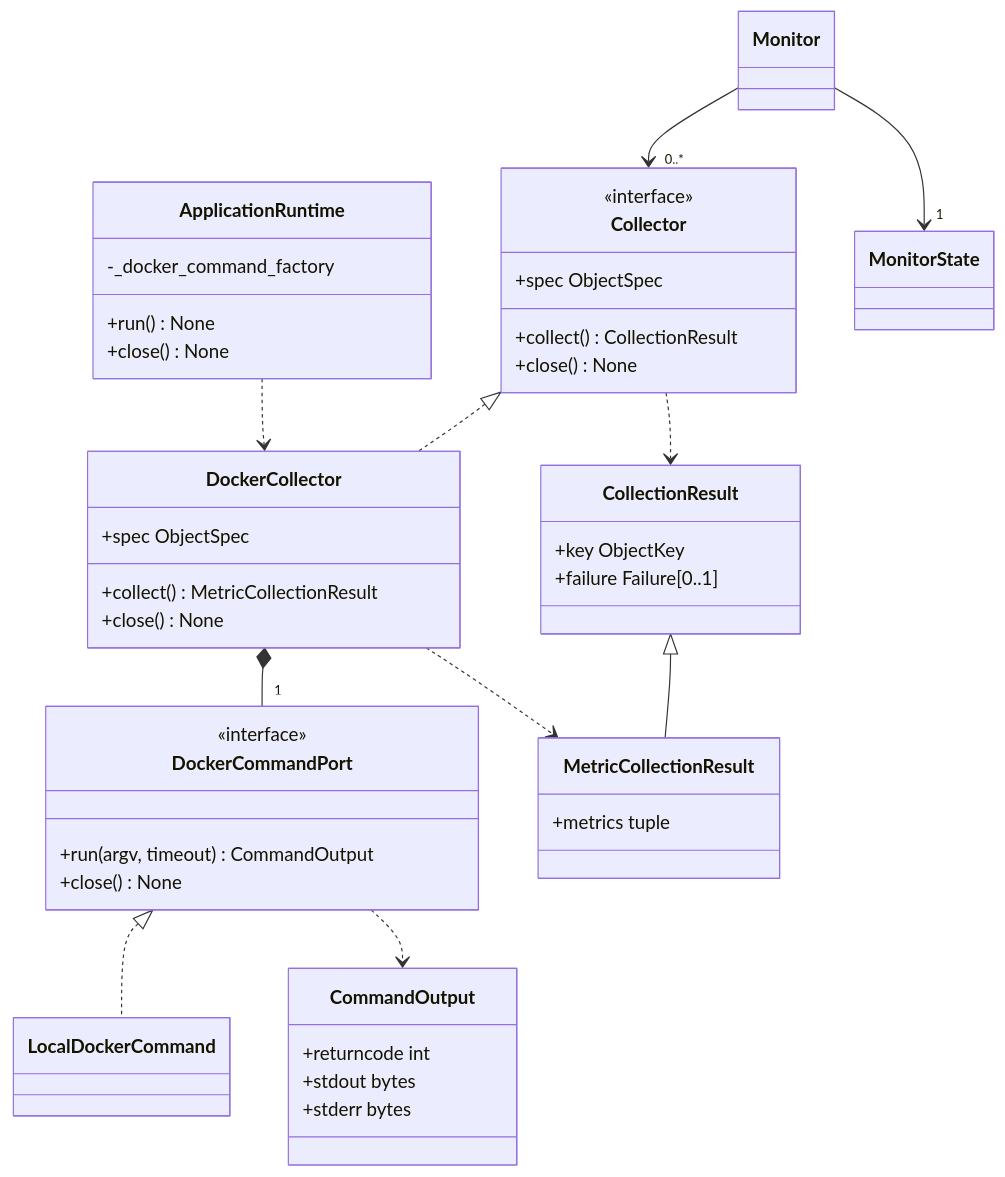
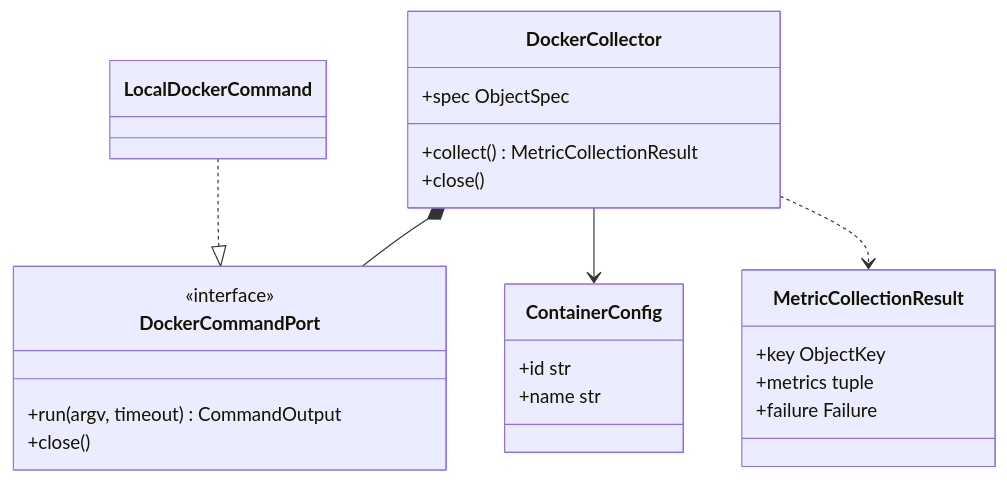
The first of 2 diagrams in docs/design/docker.md (shawnluxyRE/joi-observer), drawn with Mermaid before and after one commit. The commit also changed other lines of this file and 110 other files, not shown here.

First line of the commit message:
<feat> Run host collection as a service and stream snapshots to the TUI (REQ-001)

````diff
--- a/docs/design/docker.md
+++ b/docs/design/docker.md
@@ -16,49 +30,27 @@
 ```mermaid
 classDiagram
-    class ApplicationRuntime {
-        -_docker_command_factory
-        +run() None
-        +close() None
-    }
-    class Collector {
-        <<interface>>
-        +spec ObjectSpec
-        +collect() CollectionResult
-        +close() None
-    }
     class DockerCollector {
         +spec ObjectSpec
         +collect() MetricCollectionResult
-        +close() None
+        +close()
     }
     class DockerCommandPort {
         <<interface>>
         +run(argv, timeout) CommandOutput
-        +close() None
+        +close()
     }
     class LocalDockerCommand
-    class CommandOutput {
-        +returncode int
-        +stdout bytes
-        +stderr bytes
-    }
-    class Monitor
-    class MonitorState
-    class CollectionResult {
-        +key ObjectKey
-        +failure Failure[0..1]
+    class ContainerConfig {
+        +id str
+        +name str
     }
     class MetricCollectionResult {
+        +key ObjectKey
         +metrics tuple
+        +failure Failure
     }
-    Collector <|.. DockerCollector
-    CollectionResult <|-- MetricCollectionResult
-    DockerCommandPort <|.. LocalDockerCommand
-    DockerCollector *-- "1" DockerCommandPort
-    Collector ..> CollectionResult
+    DockerCollector *-- DockerCommandPort
+    DockerCollector --> ContainerConfig
     DockerCollector ..> MetricCollectionResult
-    DockerCommandPort ..> CommandOutput
-    ApplicationRuntime ..> DockerCollector
-    Monitor --> "0..*" Collector
-    Monitor --> "1" MonitorState
+    LocalDockerCommand ..|> DockerCommandPort
 ```
````
